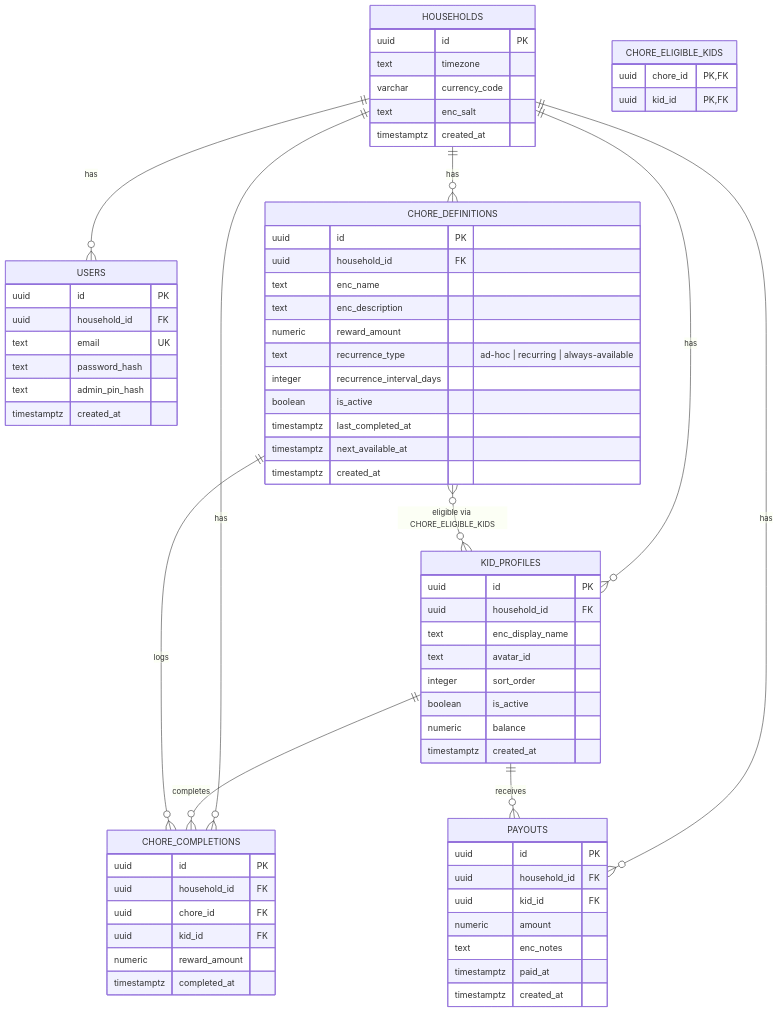
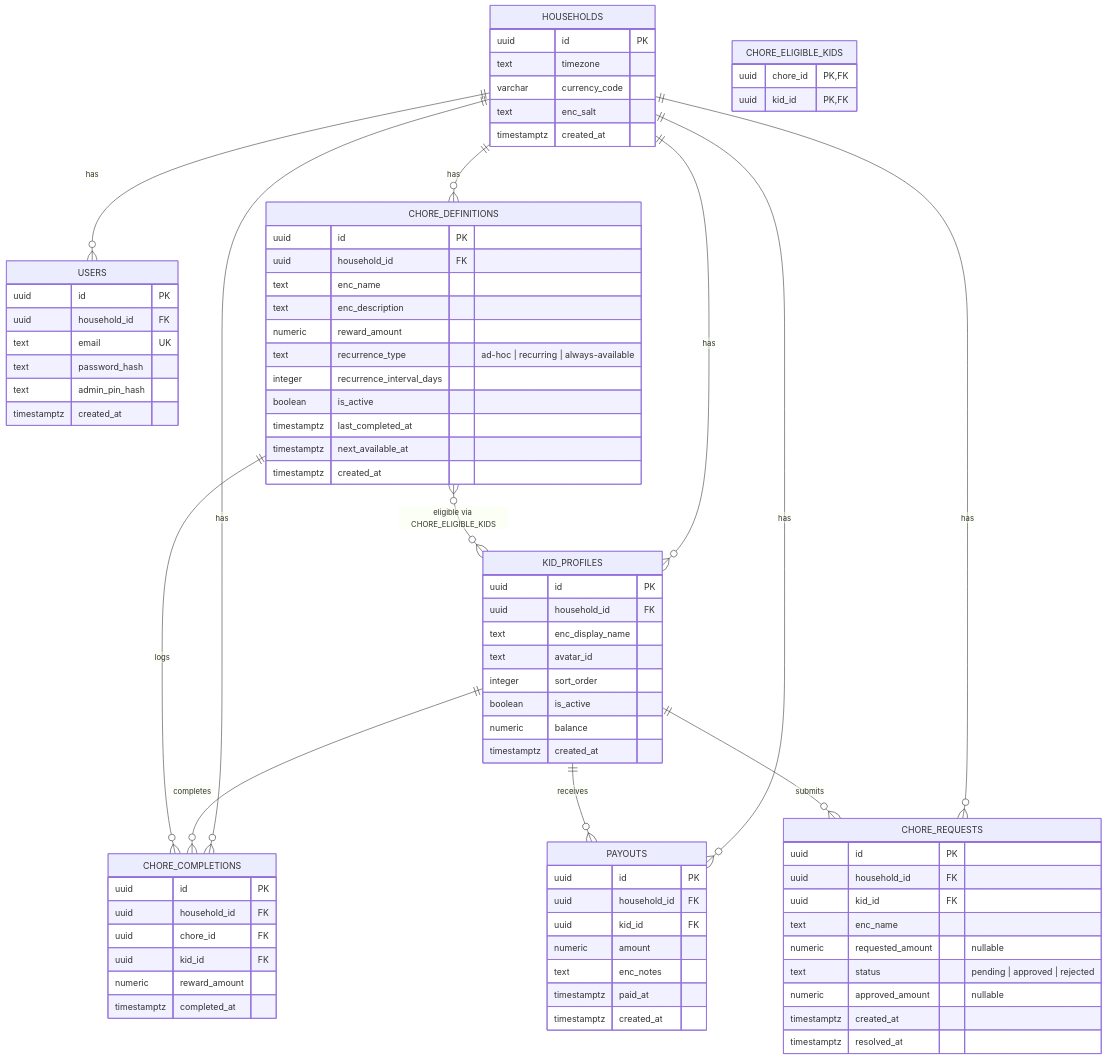
Before and after one commit to mrmeyers99/chorgie: the diagram in README.md, drawn with Mermaid. The commit also changed 22 other files, not shown here.

```diff
--- a/README.md
+++ b/README.md
@@ -11,8 +11,10 @@
     HOUSEHOLDS ||--o{ CHORE_DEFINITIONS : has
     HOUSEHOLDS ||--o{ CHORE_COMPLETIONS : has
     HOUSEHOLDS ||--o{ PAYOUTS : has
+    HOUSEHOLDS ||--o{ CHORE_REQUESTS : has
     KID_PROFILES ||--o{ CHORE_COMPLETIONS : completes
     KID_PROFILES ||--o{ PAYOUTS : receives
+    KID_PROFILES ||--o{ CHORE_REQUESTS : submits
     CHORE_DEFINITIONS ||--o{ CHORE_COMPLETIONS : logs
     CHORE_DEFINITIONS }o--o{ KID_PROFILES : "eligible via CHORE_ELIGIBLE_KIDS"
 
@@ -72,6 +74,18 @@
         timestamptz completed_at
     }
 
+    CHORE_REQUESTS {
+        uuid id PK
+        uuid household_id FK
+        uuid kid_id FK
+        text enc_name
+        numeric requested_amount "nullable"
+        text status "pending | approved | rejected"
+        numeric approved_amount "nullable"
+        timestamptz created_at
+        timestamptz resolved_at
+    }
+
     PAYOUTS {
         uuid id PK
         uuid household_id FK
```
